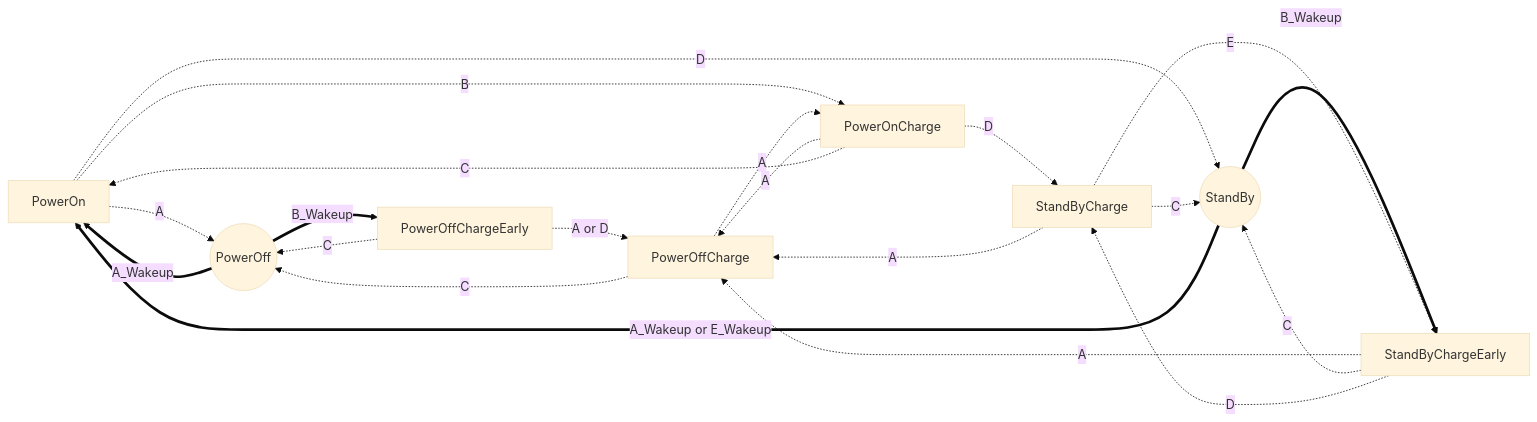
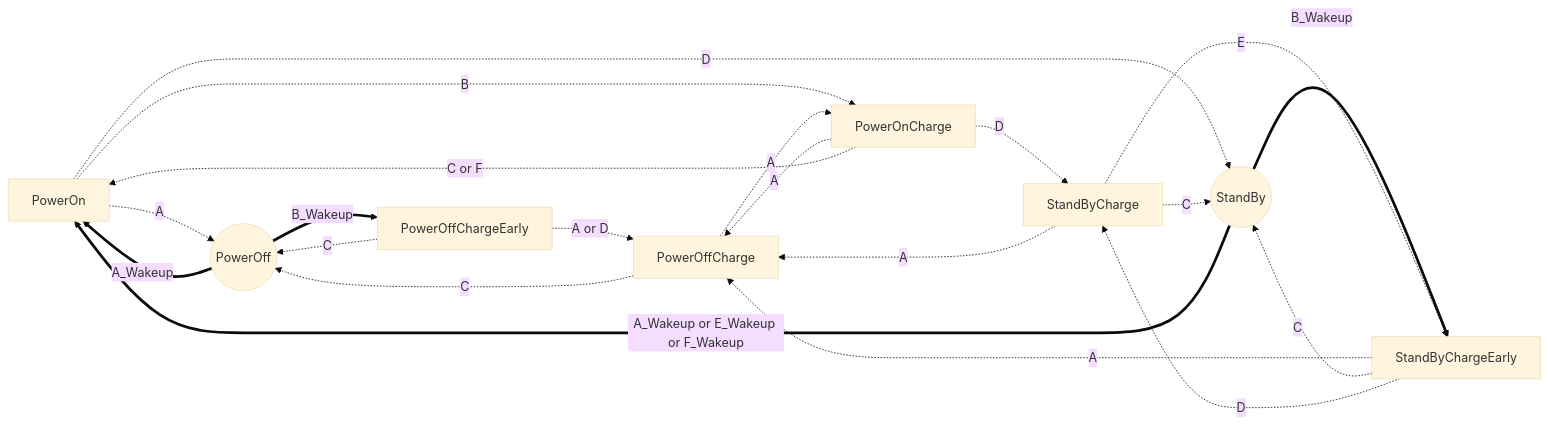
The diagram in README.md (heray1990/P201-Pump), drawn with Mermaid (base theme) before and after one commit. The commit also changed other lines of this file and 1 other file, not shown here.

````diff
--- a/README.md
+++ b/README.md
@@ -126,23 +128,23 @@
 ```mermaid
 graph LR
 	0u[PowerOn] -. A .-> 5u((PowerOff))
 	0u[PowerOn] -. B .-> 1u[PowerOnCharge]
 	0u[PowerOn] -. D .-> 2u((StandBy))
 	1u[PowerOnCharge] -. A .-> 7u[PowerOffCharge]
-	1u[PowerOnCharge] -. C .-> 0u[PowerOn]
+	1u[PowerOnCharge] -. C or F .-> 0u[PowerOn]
 	1u[PowerOnCharge] -. D .-> 4u[StandByCharge]
-	2u((StandBy)) == A_Wakeup or E_Wakeup ==> 0u[PowerOn]
+	2u((StandBy)) == A_Wakeup or E_Wakeup or F_Wakeup ==> 0u[PowerOn]
 	2u((StandBy)) == B_Wakeup ==> 3u[StandByChargeEarly]
 	3u[StandByChargeEarly] -. A .-> 7u[PowerOffCharge]
 	3u[StandByChargeEarly] -. C .-> 2u((StandBy))
 	3u[StandByChargeEarly] -. D .-> 4u[StandByCharge]
 	4u[StandByCharge] -. A .-> 7u[PowerOffCharge]
 	4u[StandByCharge] -. C .-> 2u((StandBy))
 	4u[StandByCharge] -. E .-> 3u[StandByChargeEarly]
 	5u((PowerOff)) == A_Wakeup ==> 0u[PowerOn]
 	5u((PowerOff)) == B_Wakeup ==> 6u[PowerOffChargeEarly]
 	6u[PowerOffChargeEarly] -. A or D .-> 7u[PowerOffCharge]
 	6u[PowerOffChargeEarly] -. C .-> 5u((PowerOff))
 	7u[PowerOffCharge] -. A .-> 1u[PowerOnCharge]
 	7u[PowerOffCharge] -. C .-> 5u((PowerOff))
 ```
````
